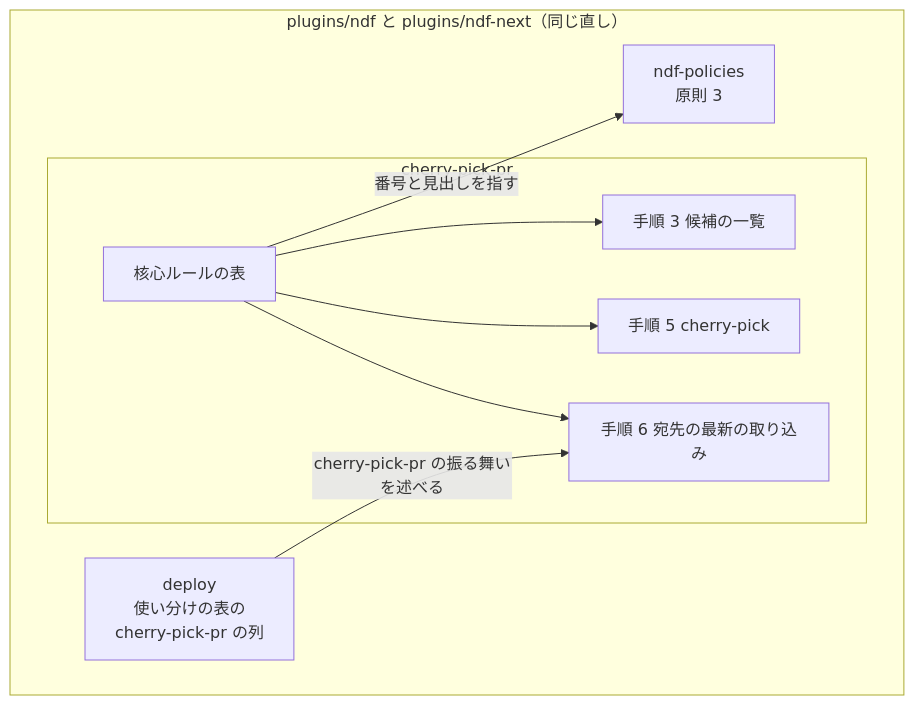
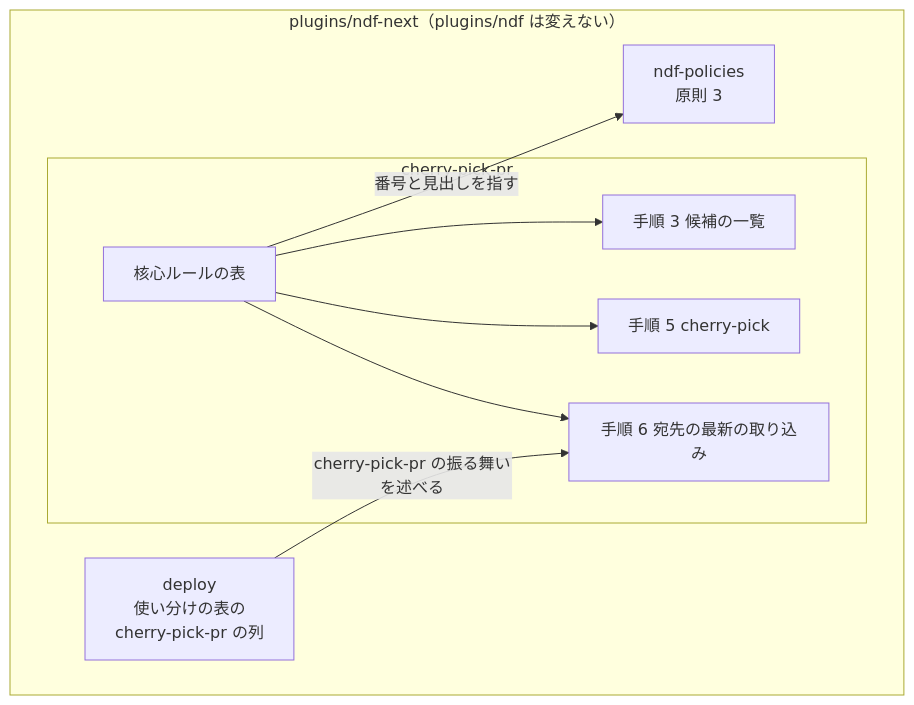
One commit to devbasex/ai-plugins changed the first of 3 diagrams in issues/issue-3503-design.md. Above: the diagram before and after it, drawn with Mermaid. The commit also changed other lines of this file and 2 other files, not shown here.

First line of the commit message:
Docs: #3503 の直す先を plugins/ndf-next/ の写しだけにする（決定 7）（Refs #3503）

````diff
--- a/issues/issue-3503-design.md
+++ b/issues/issue-3503-design.md
@@ -151,18 +151,18 @@
 ```mermaid
 graph TB
-  subgraph ndf["plugins/ndf と plugins/ndf-next（同じ直し）"]
+  subgraph ndf["plugins/ndf-next（plugins/ndf は変えない）"]
     POL["ndf-policies<br/>原則 3"]
     subgraph CPP["cherry-pick-pr"]
       RULE["核心ルールの表"]
       S3["手順 3 候補の一覧"]
       S5["手順 5 cherry-pick"]
       S6["手順 6 宛先の最新の取り込み"]
     end
     DEP["deploy<br/>使い分けの表の<br/>cherry-pick-pr の列"]
   end
   RULE -->|番号と見出しを指す| POL
   RULE --> S3
   RULE --> S5
   RULE --> S6
   DEP -->|cherry-pick-pr の振る舞いを述べる| S6
 ```
````
